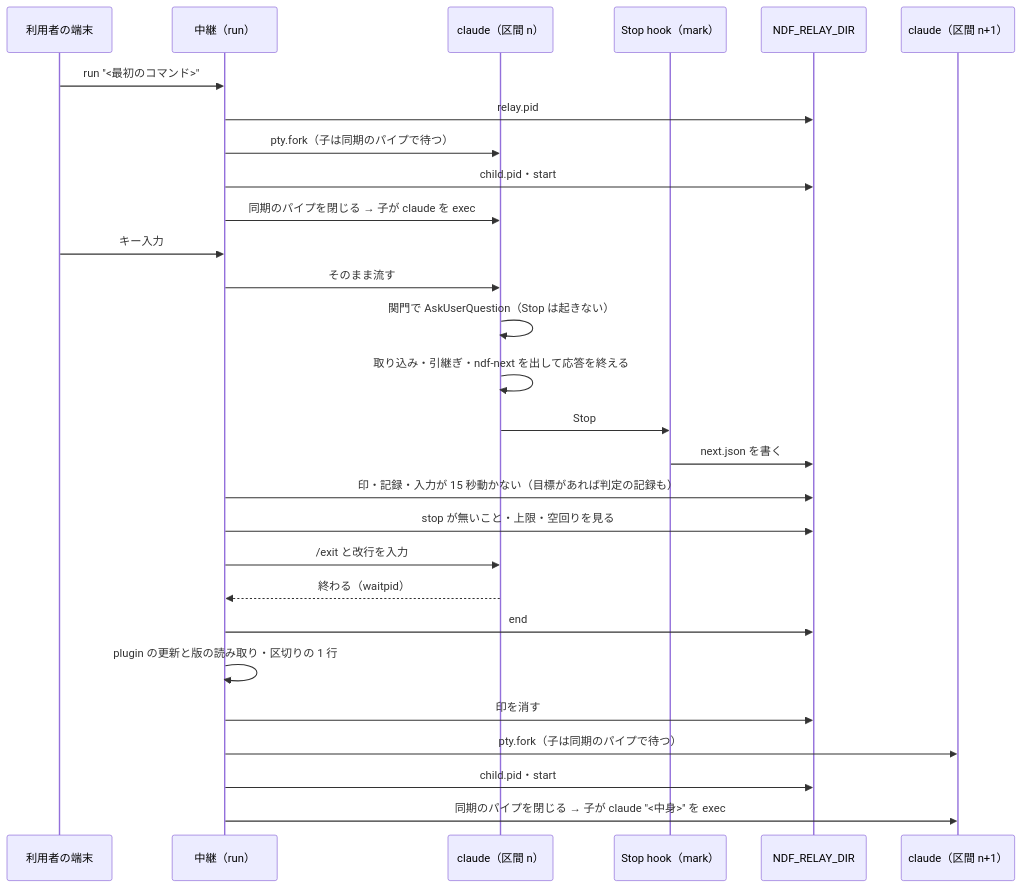
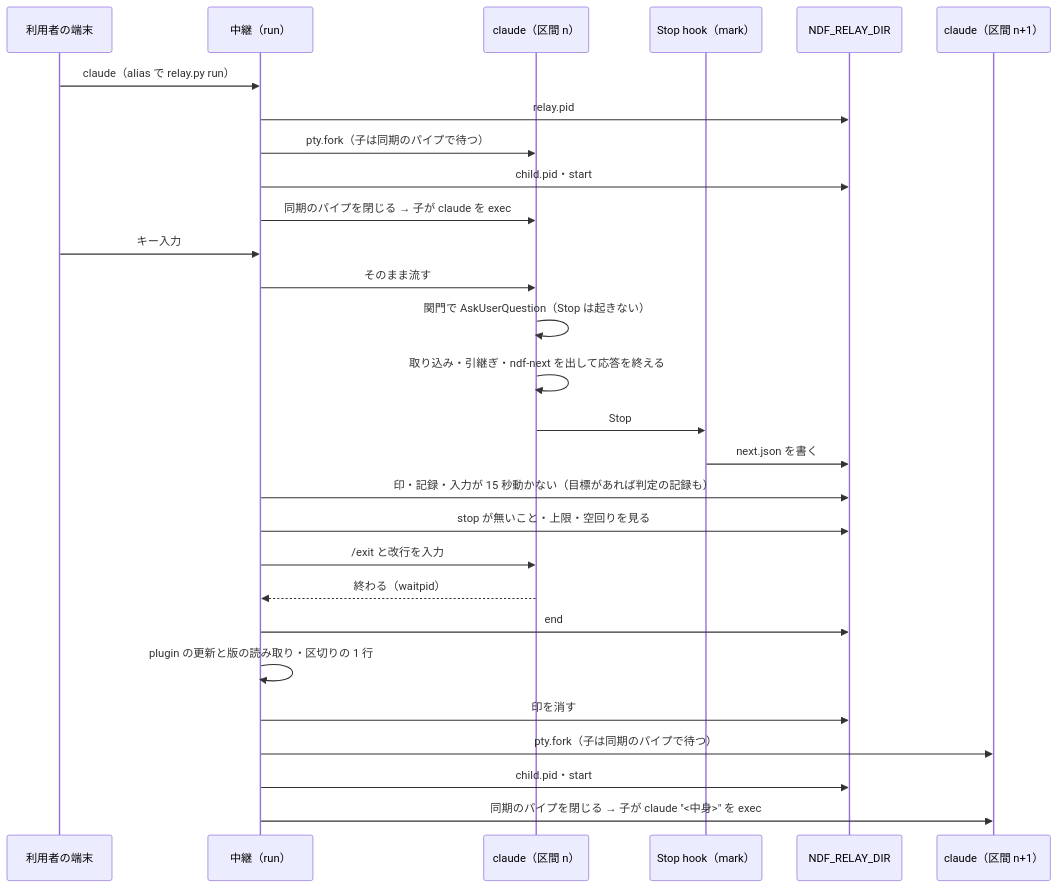
One commit to devbasex/ai-plugins changed the second of 3 diagrams in issues/issue-895-design.md. Above: the diagram before and after it, drawn with Mermaid. The commit also changed other lines of this file and 2 other files, not shown here.

First line of the commit message:
Docs: #895 alias で常に中継を挟む起動を足し、子の終わりと exec の成否を確かめる契約を定める

````diff
--- a/issues/issue-895-design.md
+++ b/issues/issue-895-design.md
@@ -238,30 +266,30 @@
 ```mermaid
 sequenceDiagram
     participant U as 利用者の端末
     participant R as 中継（run）
     participant C as claude（区間 n）
     participant H as Stop hook（mark）
     participant F as NDF_RELAY_DIR
     participant C2 as claude（区間 n+1）
-    U->>R: run "<最初のコマンド>"
+    U->>R: claude（alias で relay.py run）
     R->>F: relay.pid
     R->>C: pty.fork（子は同期のパイプで待つ）
     R->>F: child.pid・start
     R->>C: 同期のパイプを閉じる → 子が claude を exec
     U->>R: キー入力
     R->>C: そのまま流す
     C->>C: 関門で AskUserQuestion（Stop は起きない）
     C->>C: 取り込み・引継ぎ・ndf-next を出して応答を終える
     C->>H: Stop
     H->>F: next.json を書く
     R->>F: 印・記録・入力が 15 秒動かない（目標があれば判定の記録も）
     R->>F: stop が無いこと・上限・空回りを見る
     R->>C: /exit と改行を入力
     C-->>R: 終わる（waitpid）
     R->>F: end
     R->>R: plugin の更新と版の読み取り・区切りの 1 行
     R->>F: 印を消す
     R->>C2: pty.fork（子は同期のパイプで待つ）
     R->>F: child.pid・start
     R->>C2: 同期のパイプを閉じる → 子が claude "<中身>" を exec
 ```
````
